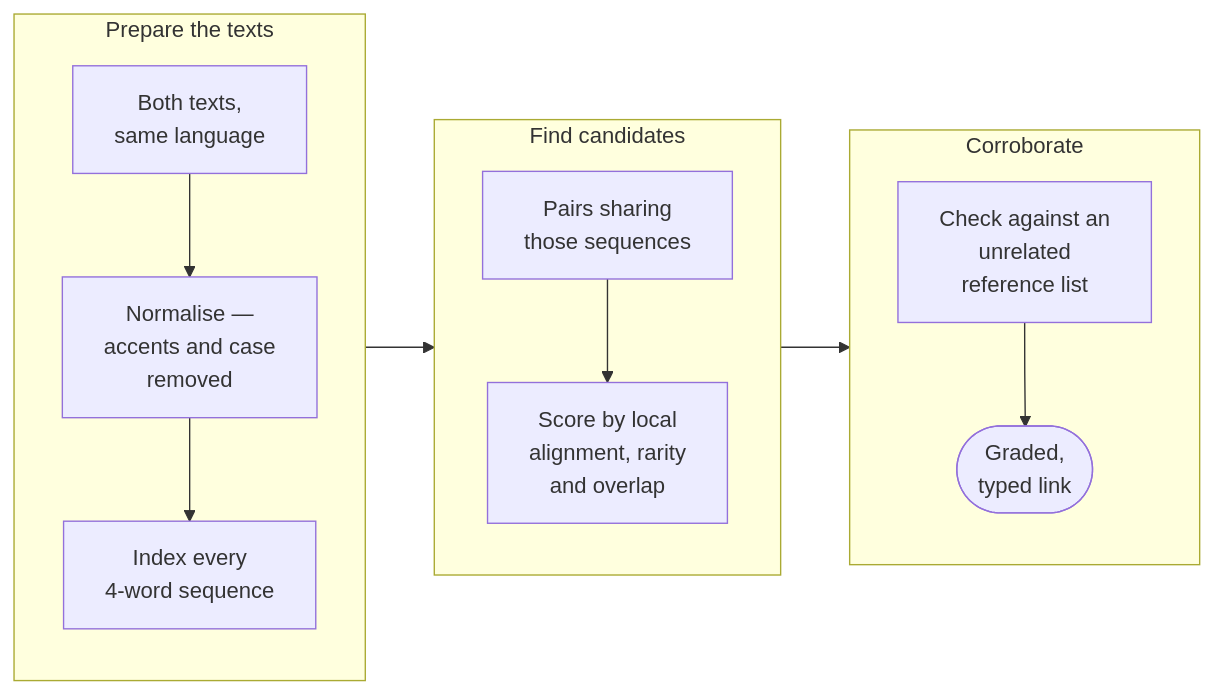
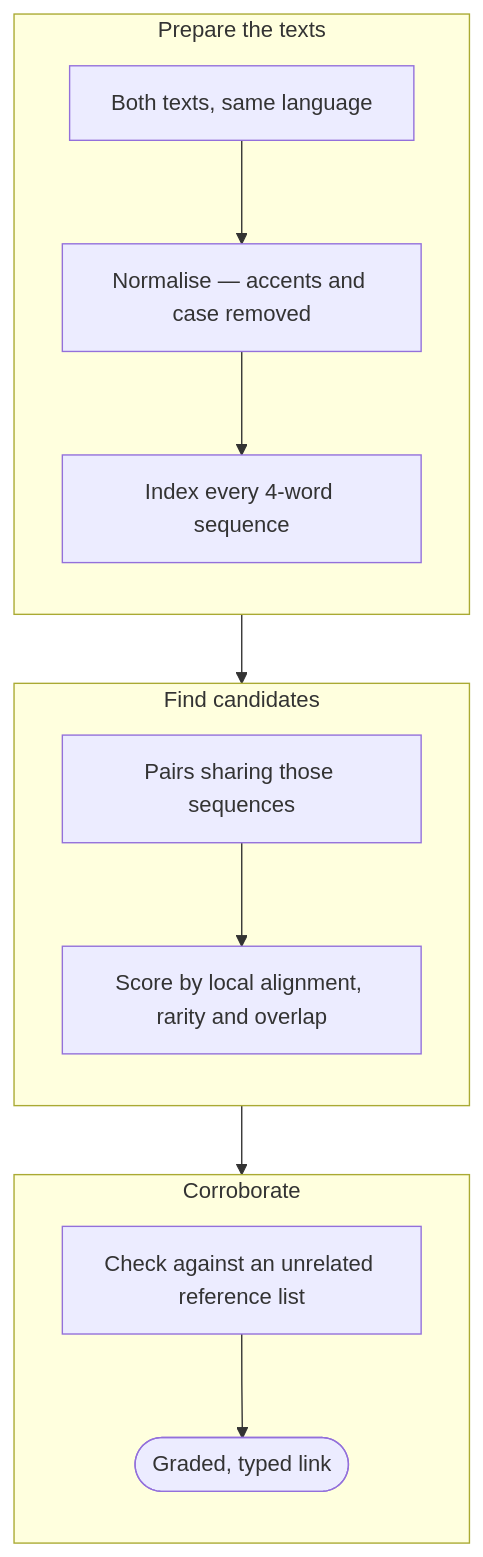
The second of 2 diagrams in docs/content/about/how-we-cross-reference.md (ding0t/bible_studies), drawn with Mermaid before and after one commit. The commit also changed other lines of this file and 1 other file, not shown here.

Commit message:
fix(cross-ref): stack the pipeline diagram, and cut two prose tells
The pipeline diagram was left at 870px (65%) in the first pass, chosen
for consistency with the other diagram on the page before the corpus
pass showed the better pattern. TD outer with direction TB clusters
keeps the same three named stages in one column at 346px, which renders
at full size; the first diagram goes 818px -> 679px the same way, with
invisible ~~~ links giving its unordered clusters a rank to stack on.
Every label preserved.

Prose, both flagged in review: "Every cut-off here was set by
measurement, not by taste" is the style guide's virtue contrast --
"not by taste" names an alternative nobody proposed, and the sentence
carries no fact the table under it does not already show, so it goes
and the heading becomes "Where the thresholds come from" rather than
telling the reader what to trust. Also cut "genuinely" from "genuinely
useful" per the standing note on bare intensifiers.

Claude-Session: https://claude.ai/code/session_01ShDLmzQpZLB18xHULiKCvW

````diff
--- a/docs/content/about/how-we-cross-reference.md
+++ b/docs/content/about/how-we-cross-reference.md
@@ -79,23 +83,16 @@
 ```mermaid
-flowchart LR
+flowchart TD
     subgraph prep["Prepare the texts"]
       direction TB
-      A["Both texts,<br/>same language"]
-      B["Normalise —<br/>accents and case<br/>removed"]
-      C["Index every<br/>4-word sequence"]
-      A --> B --> C
+      A["Both texts, same language"] --> B["Normalise — accents and case removed"] --> C["Index every 4-word sequence"]
     end
     subgraph match["Find candidates"]
       direction TB
-      D["Pairs sharing<br/>those sequences"]
-      E["Score by local<br/>alignment, rarity<br/>and overlap"]
-      D --> E
+      D["Pairs sharing those sequences"] --> E["Score by local alignment, rarity and overlap"]
     end
     subgraph check["Corroborate"]
       direction TB
-      F["Check against an<br/>unrelated<br/>reference list"]
-      G(["Graded,<br/>typed link"])
-      F --> G
+      F["Check against an unrelated reference list"] --> G(["Graded, typed link"])
     end
     prep --> match --> check
 ```
````
